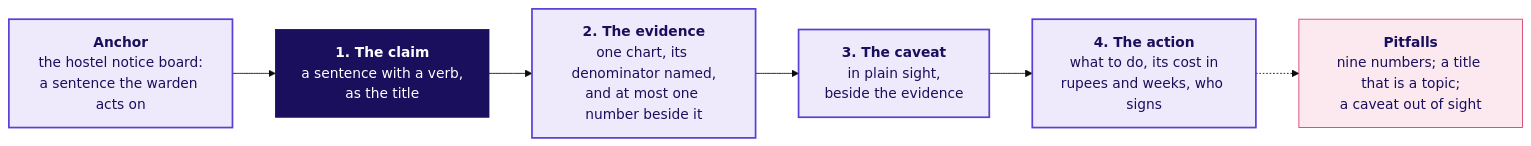
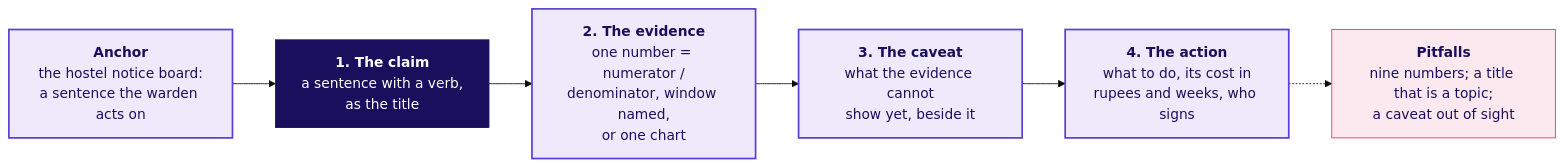
One commit to fde-academy-lab/c2-content-factory changed the third of 10 diagrams in content/W04/D2/slides/C2_W04_D02_half1_STUDENT.md. Above: the diagram before and after it, drawn with Mermaid (base theme). The commit also changed other lines of this file and 5 other files, not shown here.

````diff
--- a/content/W04/D2/slides/C2_W04_D02_half1_STUDENT.md
+++ b/content/W04/D2/slides/C2_W04_D02_half1_STUDENT.md
@@ -166,17 +260,17 @@
 ```mermaid
 flowchart LR
     N["<b>Anchor</b><br/>the hostel notice board:<br/>a sentence the warden acts on"]
     C["<b>1. The claim</b><br/>a sentence with a verb,<br/>as the title"]
-    E["<b>2. The evidence</b><br/>one chart, its denominator named,<br/>and at most one number beside it"]
-    V["<b>3. The caveat</b><br/>in plain sight,<br/>beside the evidence"]
+    E["<b>2. The evidence</b><br/>one number = numerator /<br/>denominator, window named,<br/>or one chart"]
+    V["<b>3. The caveat</b><br/>what the evidence cannot<br/>show yet, beside it"]
     A["<b>4. The action</b><br/>what to do, its cost in<br/>rupees and weeks, who signs"]
     P["<b>Pitfalls</b><br/>nine numbers; a title that is a topic;<br/>a caveat out of sight"]
     N --> C --> E --> V --> A
     A -.-> P
     classDef known fill:#EEEAFB,stroke:#5B3FD6,color:#1A0F5C,stroke-width:2px
     classDef lit fill:#1A0F5C,stroke:#1A0F5C,color:#FFFFFF
     classDef bad fill:#FBE9EF,stroke:#D63A6A,color:#1A0F5C
     class N,E,V,A known
     class C lit
     class P bad
 ```
````
